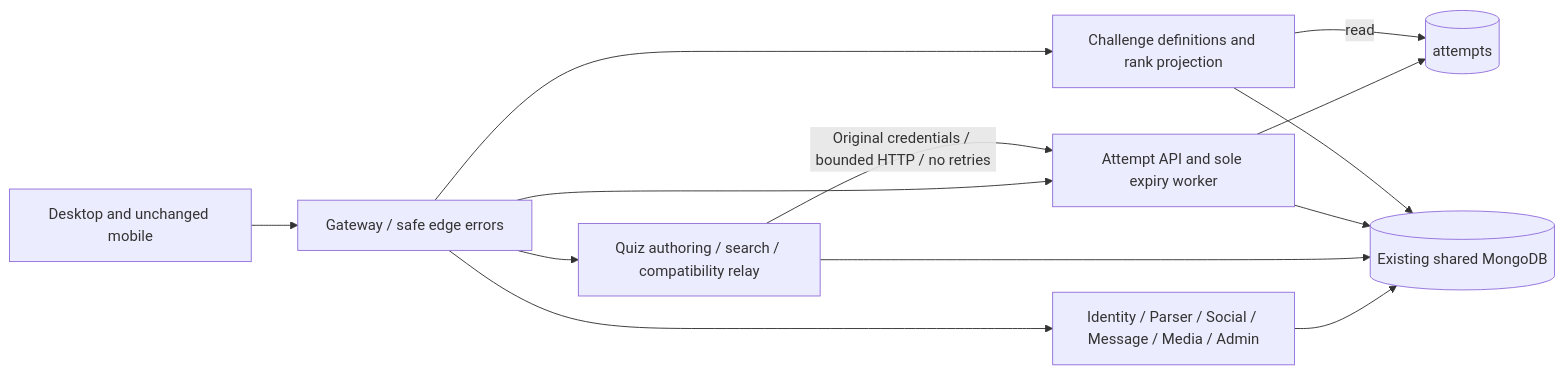
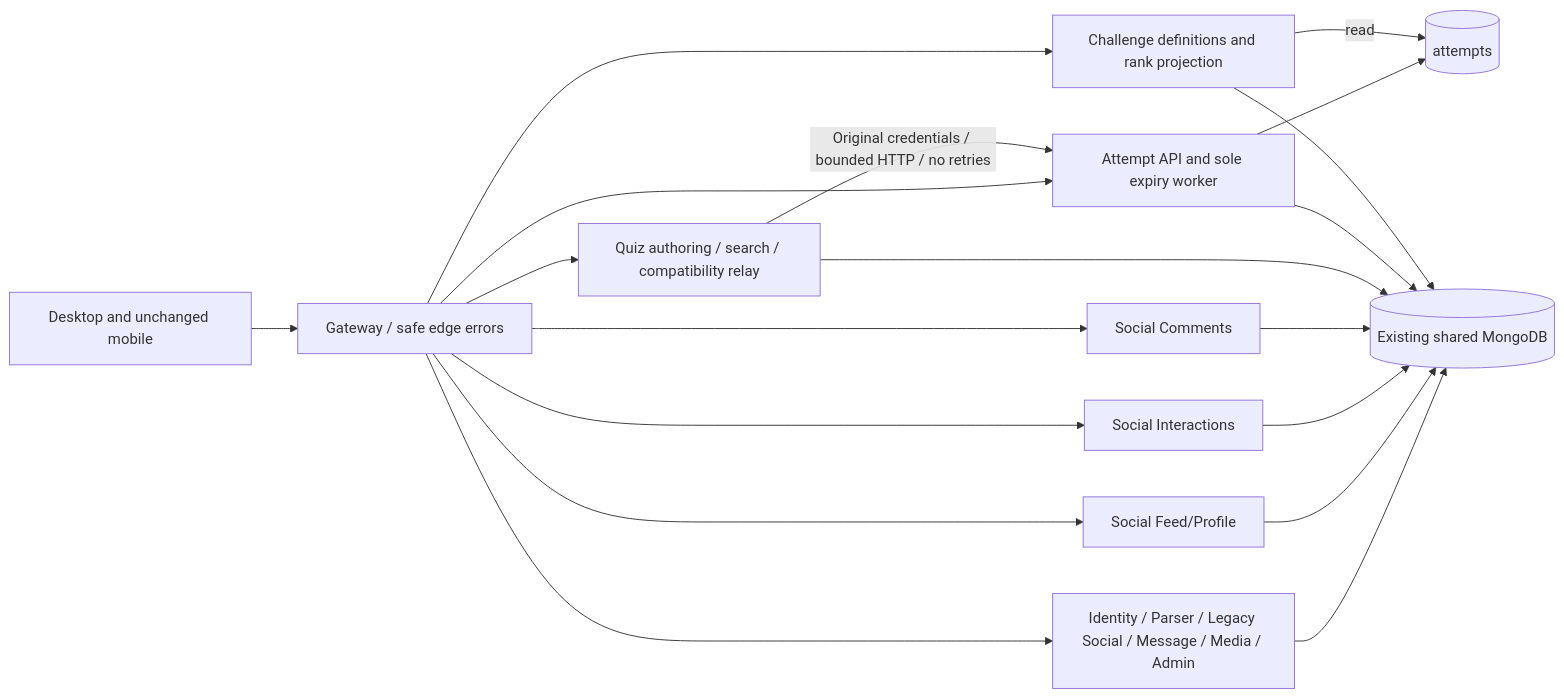
One commit to madhavsingla01/mcq-platform changed the second of 3 diagrams in docs/enterprise-upgrade/10-service-boundaries.md. Above: the diagram before and after it, drawn with Mermaid. The commit also changed other lines of this file and 326 other files, not shown here.

````diff
--- a/docs/enterprise-upgrade/10-service-boundaries.md
+++ b/docs/enterprise-upgrade/10-service-boundaries.md
@@ -45,15 +48,21 @@
 ```mermaid
 flowchart LR
   Clients[Desktop and unchanged mobile] --> G[Gateway / safe edge errors]
   G --> Q[Quiz authoring / search / compatibility relay]
   G --> A[Attempt API and sole expiry worker]
   Q -->|Original credentials / bounded HTTP / no retries| A
   A --> AT[(attempts)]
   G --> C[Challenge definitions and rank projection]
   C -->|read| AT
-  G --> O[Identity / Parser / Social / Message / Media / Admin]
+  G --> O[Identity / Parser / Legacy Social / Message / Media / Admin]
+  G --> SF[Social Feed/Profile]
+  G --> SI[Social Interactions]
+  G --> SC[Social Comments]
   O --> DB[(Existing shared MongoDB)]
+  SF --> DB
+  SI --> DB
+  SC --> DB
   Q --> DB
   A --> DB
   C --> DB
 ```
````
